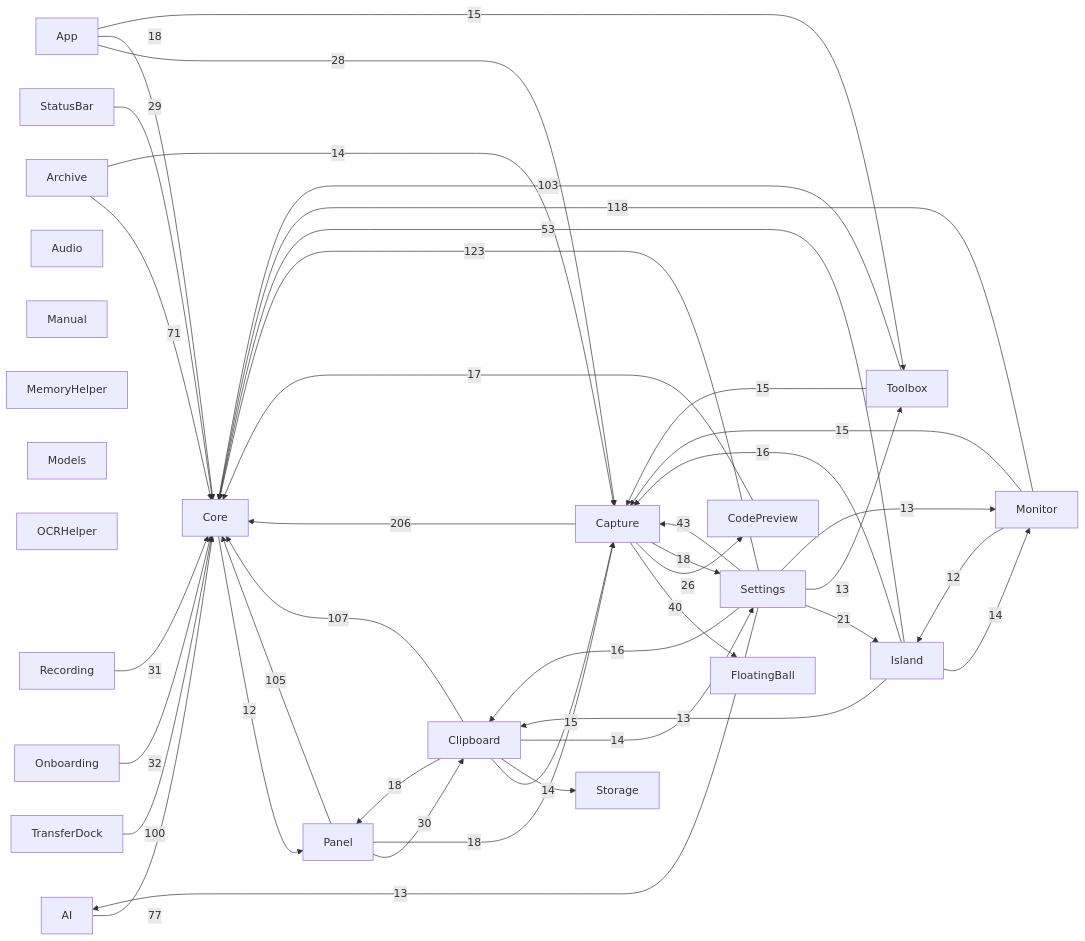
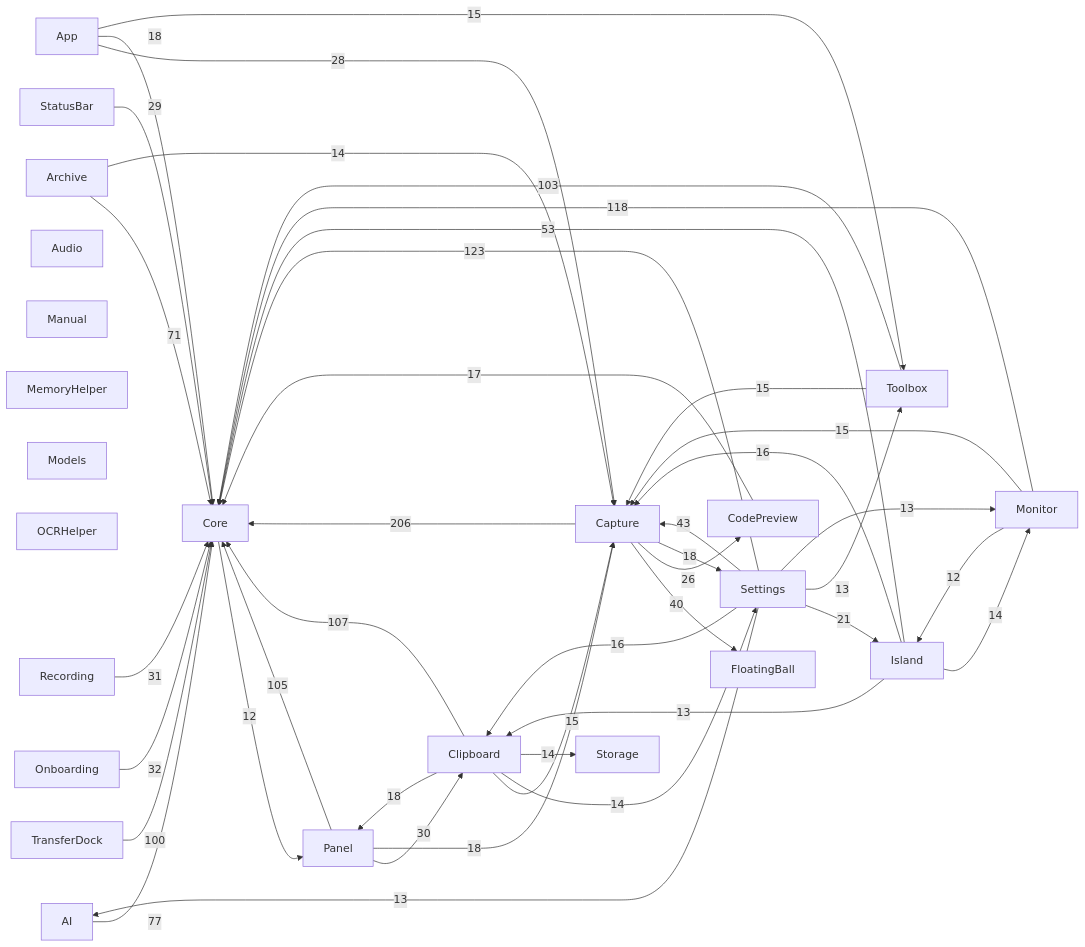
The diagram in docs/00-总览/模块依赖图.md (sxyq/Kitnest), drawn with Mermaid before and after one commit. The commit also changed other lines of this file and 4 other files, not shown here.

````diff
--- a/docs/00-总览/模块依赖图.md
+++ b/docs/00-总览/模块依赖图.md
@@ -37,66 +37,66 @@
 ```mermaid
 flowchart LR
   M0["AI"]
   M1["App"]
   M2["Archive"]
   M3["Audio"]
   M4["Capture"]
   M5["Clipboard"]
   M6["CodePreview"]
   M7["Core"]
   M8["FloatingBall"]
   M9["Island"]
   M10["Manual"]
   M11["MemoryHelper"]
   M12["Models"]
   M13["Monitor"]
   M14["OCRHelper"]
   M15["Onboarding"]
   M16["Panel"]
   M17["Recording"]
   M18["Settings"]
   M19["StatusBar"]
   M20["Storage"]
   M21["Toolbox"]
   M22["TransferDock"]
   M4 -->|206| M7
   M18 -->|123| M7
   M13 -->|118| M7
   M5 -->|107| M7
   M16 -->|105| M7
   M21 -->|103| M7
   M22 -->|100| M7
   M0 -->|77| M7
   M2 -->|71| M7
   M9 -->|53| M7
   M18 -->|43| M4
   M4 -->|40| M8
   M15 -->|32| M7
   M17 -->|31| M7
   M16 -->|30| M5
   M19 -->|29| M7
   M1 -->|28| M4
   M4 -->|26| M6
   M18 -->|21| M9
   M1 -->|18| M7
   M4 -->|18| M18
   M5 -->|18| M16
   M16 -->|18| M4
   M6 -->|17| M7
   M9 -->|16| M4
   M18 -->|16| M5
   M1 -->|15| M21
   M5 -->|15| M4
   M13 -->|15| M4
   M21 -->|15| M4
   M2 -->|14| M4
+  M5 -->|14| M18
   M5 -->|14| M20
-  M5 -->|14| M18
   M9 -->|14| M13
   M9 -->|13| M5
   M18 -->|13| M21
   M18 -->|13| M13
   M18 -->|13| M0
   M7 -->|12| M16
   M13 -->|12| M9
 ```
````
